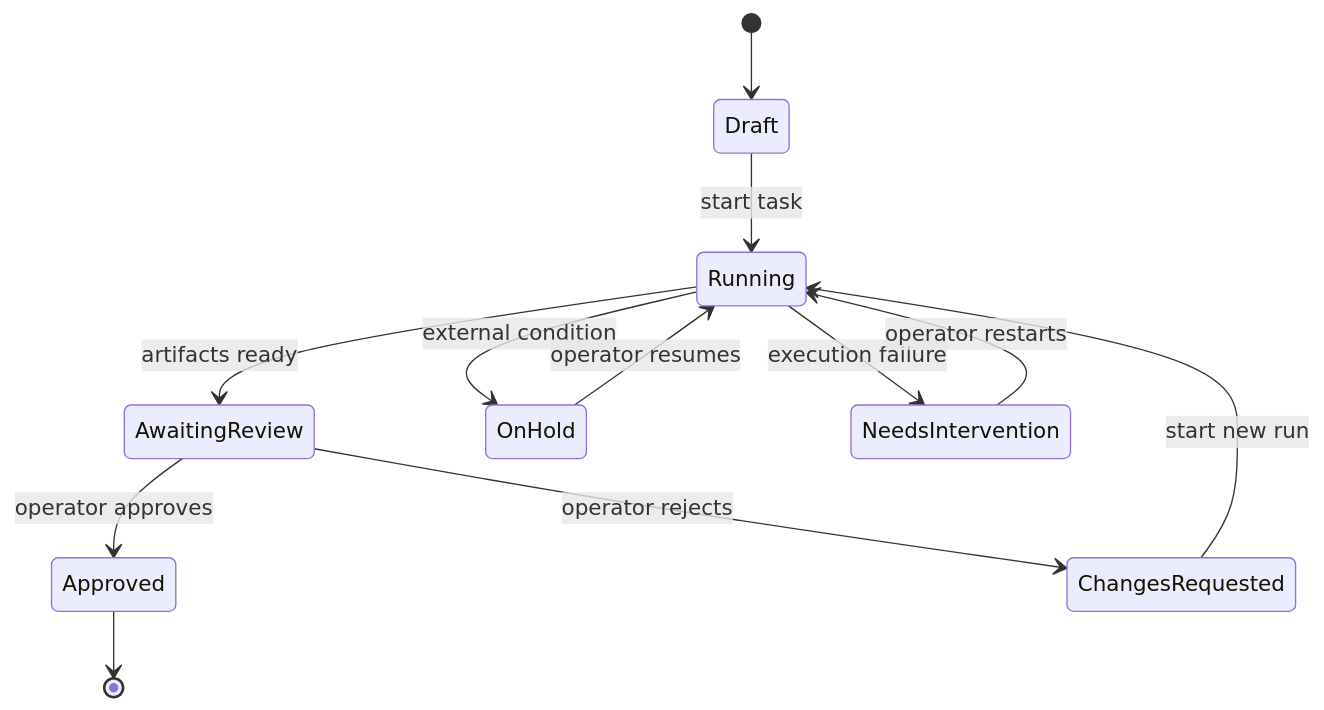
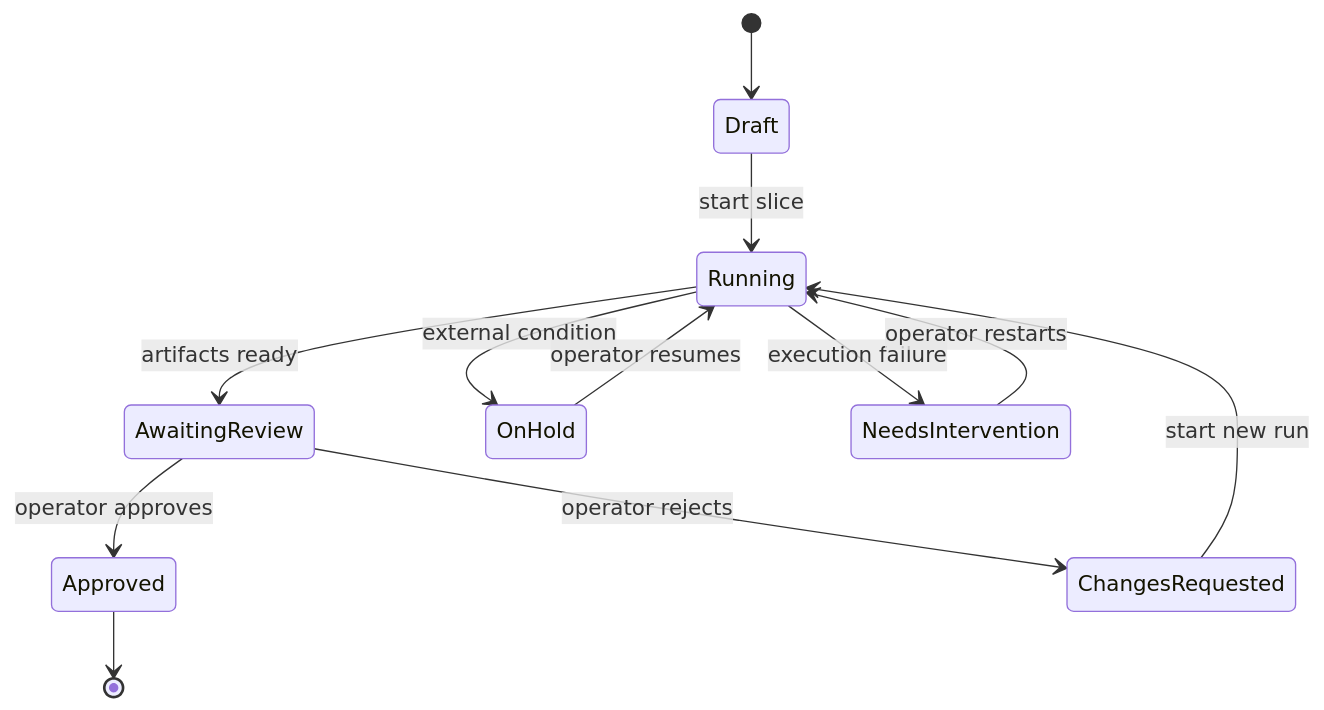
Before and after one commit to Gandufu/sdlc-factory: the fifth of 5 diagrams in docs/v1.1/ai-software-factory-design-v1.1-final.md, drawn with Mermaid. The commit also changed other lines of this file, not shown here.

````diff
--- a/docs/v1.1/ai-software-factory-design-v1.1-final.md
+++ b/docs/v1.1/ai-software-factory-design-v1.1-final.md
@@ -251,14 +336,14 @@
 ```mermaid
 stateDiagram-v2
     [*] --> Draft
-    Draft --> Running: start task
+    Draft --> Running: start slice
     Running --> AwaitingReview: artifacts ready
     Running --> OnHold: external condition
     Running --> NeedsIntervention: execution failure
     AwaitingReview --> Approved: operator approves
     AwaitingReview --> ChangesRequested: operator rejects
     ChangesRequested --> Running: start new run
     OnHold --> Running: operator resumes
     NeedsIntervention --> Running: operator restarts
     Approved --> [*]
 ```
````
